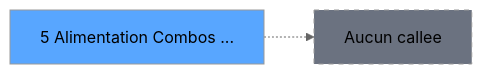
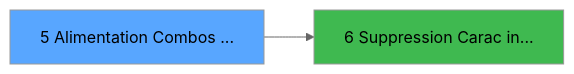
One commit to thonyAGP/magic-migration changed the third of 3 diagrams in .openspec/specs/ADH-IDE-5.md. Above: the diagram before and after it, drawn with Mermaid (neutral theme). The commit also changed other lines of this file and 253 other files, not shown here.

````diff
--- a/.openspec/specs/ADH-IDE-5.md
+++ b/.openspec/specs/ADH-IDE-5.md
@@ -143,8 +160,8 @@
 ```mermaid
 graph LR
     T5[5 Alimentation Combos ...]
     style T5 fill:#58a6ff
-    NONE[Aucun callee]
-    T5 -.-> NONE
-    style NONE fill:#6b7280,stroke-dasharray: 5 5
+    C6[6 Suppression Carac in...]
+    T5 --> C6
+    style C6 fill:#3fb950
 ```
````
